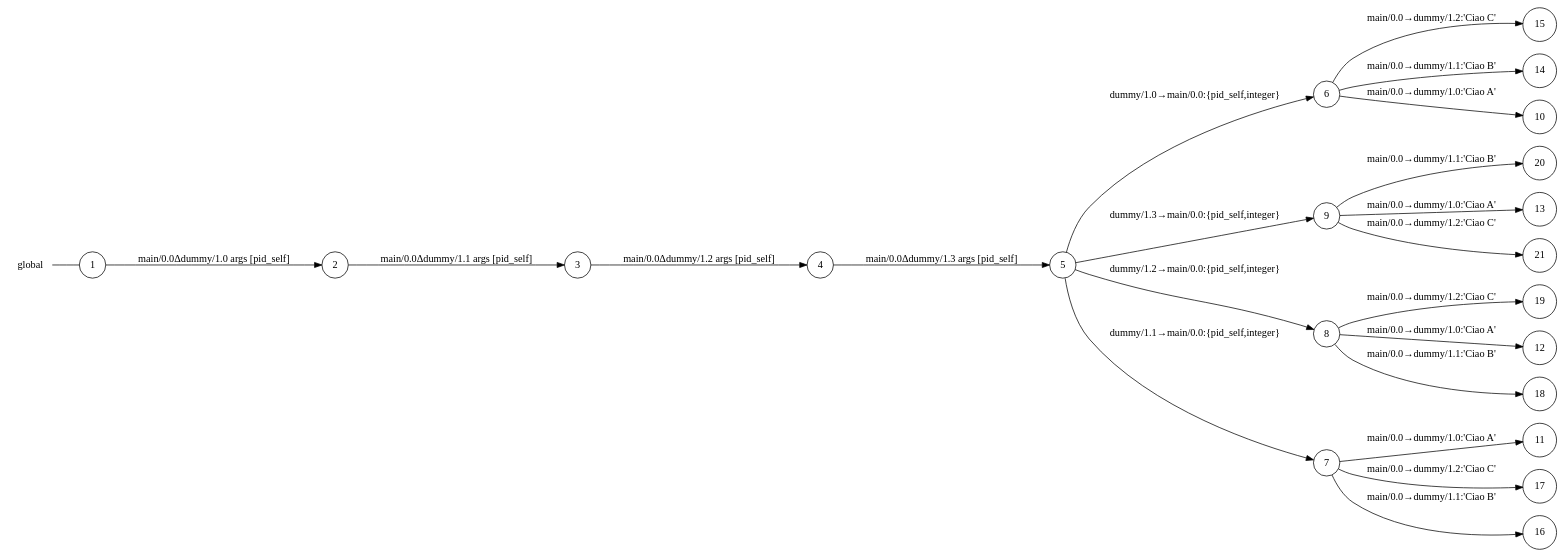
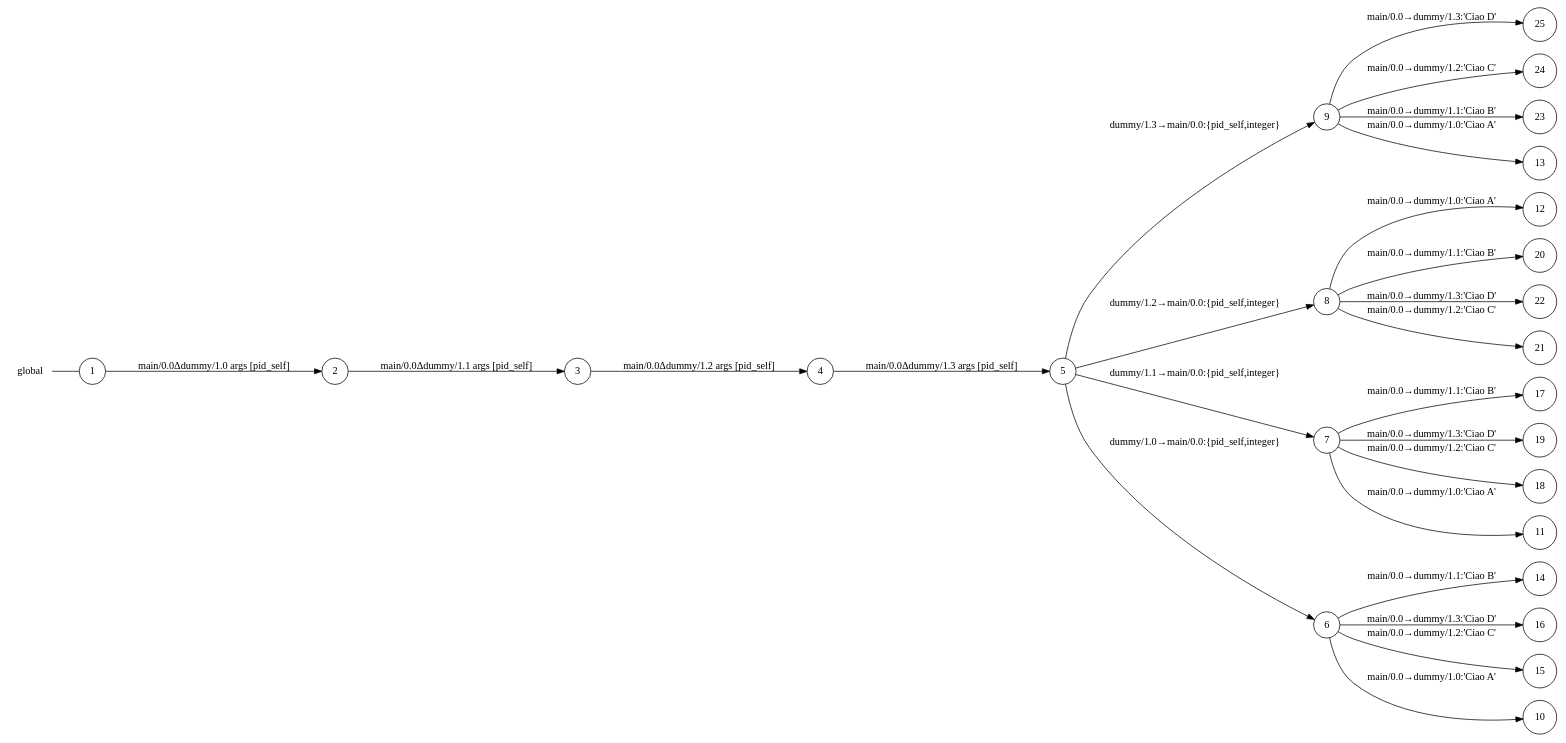
Before and after one commit to gabrielegenovese/chorer: the diagram in examples/conditional-case/main_0_global_view.dot, drawn with Graphviz. The commit also changed 95 other files, not shown here.

Commit message:
tiny refactor db and settings module created minimize done only on graph saving globalview  now supports epsilon transitions

```diff
--- a/examples/conditional-case/main_0_global_view.dot
+++ b/examples/conditional-case/main_0_global_view.dot
@@ -1,47 +1,55 @@
 digraph global {
 	rankdir="LR";
 	n_0 [label="global", shape="plaintext"];
-	n_1 [id="20", shape=circle, label="20"];
-	n_2 [id="5", shape=circle, label="5"];
-	n_3 [id="15", shape=circle, label="15"];
-	n_4 [id="19", shape=circle, label="19"];
-	n_5 [id="12", shape=circle, label="12"];
-	n_6 [id="11", shape=circle, label="11"];
-	n_7 [id="17", shape=circle, label="17"];
-	n_8 [id="18", shape=circle, label="18"];
-	n_9 [id="14", shape=circle, label="14"];
-	n_10 [id="6", shape=circle, label="6"];
-	n_11 [id="13", shape=circle, label="13"];
-	n_12 [id="10", shape=circle, label="10"];
-	n_13 [id="1", shape=circle, label="1"];
-	n_0 -> n_13 [arrowhead=none];
-	n_14 [id="9", shape=circle, label="9"];
-	n_15 [id="2", shape=circle, label="2"];
-	n_16 [id="21", shape=circle, label="21"];
-	n_17 [id="8", shape=circle, label="8"];
-	n_18 [id="4", shape=circle, label="4"];
-	n_19 [id="7", shape=circle, label="7"];
-	n_20 [id="3", shape=circle, label="3"];
-	n_21 [id="16", shape=circle, label="16"];
+	n_1 [id="14", shape=circle, label="14"];
+	n_2 [id="9", shape=circle, label="9"];
+	n_3 [id="25", shape=circle, label="25"];
+	n_4 [id="8", shape=circle, label="8"];
+	n_5 [id="24", shape=circle, label="24"];
+	n_6 [id="17", shape=circle, label="17"];
+	n_7 [id="1", shape=circle, label="1"];
+	n_0 -> n_7 [arrowhead=none];
+	n_8 [id="7", shape=circle, label="7"];
+	n_9 [id="16", shape=circle, label="16"];
+	n_10 [id="19", shape=circle, label="19"];
+	n_11 [id="4", shape=circle, label="4"];
+	n_12 [id="6", shape=circle, label="6"];
+	n_13 [id="3", shape=circle, label="3"];
+	n_14 [id="12", shape=circle, label="12"];
+	n_15 [id="18", shape=circle, label="18"];
+	n_16 [id="20", shape=circle, label="20"];
+	n_17 [id="23", shape=circle, label="23"];
+	n_18 [id="2", shape=circle, label="2"];
+	n_19 [id="22", shape=circle, label="22"];
+	n_20 [id="11", shape=circle, label="11"];
+	n_21 [id="15", shape=circle, label="15"];
+	n_22 [id="10", shape=circle, label="10"];
+	n_23 [id="13", shape=circle, label="13"];
+	n_24 [id="5", shape=circle, label="5"];
+	n_25 [id="21", shape=circle, label="21"];
 
-	n_10 -> n_3 [id="[$e|13]", label="main/0.0→dummy/1.2:'Ciao C'"];
-	n_17 -> n_4 [id="[$e|17]", label="main/0.0→dummy/1.2:'Ciao C'"];
-	n_20 -> n_18 [id="[$e|2]", label="main/0.0Δdummy/1.2 args [pid_self]"];
-	n_18 -> n_2 [id="[$e|3]", label="main/0.0Δdummy/1.3 args [pid_self]"];
-	n_2 -> n_14 [id="[$e|7]", label="dummy/1.3→main/0.0:{pid_self,integer}"];
-	n_14 -> n_16 [id="[$e|19]", label="main/0.0→dummy/1.2:'Ciao C'"];
-	n_10 -> n_12 [id="[$e|8]", label="main/0.0→dummy/1.0:'Ciao A'"];
-	n_10 -> n_9 [id="[$e|12]", label="main/0.0→dummy/1.1:'Ciao B'"];
-	n_19 -> n_6 [id="[$e|9]", label="main/0.0→dummy/1.0:'Ciao A'"];
-	n_14 -> n_11 [id="[$e|11]", label="main/0.0→dummy/1.0:'Ciao A'"];
-	n_2 -> n_10 [id="[$e|4]", label="dummy/1.0→main/0.0:{pid_self,integer}"];
-	n_19 -> n_21 [id="[$e|14]", label="main/0.0→dummy/1.1:'Ciao B'"];
-	n_17 -> n_8 [id="[$e|16]", label="main/0.0→dummy/1.1:'Ciao B'"];
-	n_13 -> n_15 [id="[$e|0]", label="main/0.0Δdummy/1.0 args [pid_self]"];
-	n_14 -> n_1 [id="[$e|18]", label="main/0.0→dummy/1.1:'Ciao B'"];
-	n_19 -> n_7 [id="[$e|15]", label="main/0.0→dummy/1.2:'Ciao C'"];
-	n_17 -> n_5 [id="[$e|10]", label="main/0.0→dummy/1.0:'Ciao A'"];
-	n_2 -> n_17 [id="[$e|6]", label="dummy/1.2→main/0.0:{pid_self,integer}"];
-	n_2 -> n_19 [id="[$e|5]", label="dummy/1.1→main/0.0:{pid_self,integer}"];
-	n_15 -> n_20 [id="[$e|1]", label="main/0.0Δdummy/1.1 args [pid_self]"];
+	n_8 -> n_10 [id="[$e|17]", label="main/0.0→dummy/1.3:'Ciao D'"];
+	n_2 -> n_23 [id="[$e|11]", label="main/0.0→dummy/1.0:'Ciao A'"];
+	n_12 -> n_22 [id="[$e|8]", label="main/0.0→dummy/1.0:'Ciao A'"];
+	n_24 -> n_2 [id="[$e|7]", label="dummy/1.3→main/0.0:{pid_self,integer}"];
+	n_24 -> n_8 [id="[$e|5]", label="dummy/1.1→main/0.0:{pid_self,integer}"];
+	n_24 -> n_4 [id="[$e|6]", label="dummy/1.2→main/0.0:{pid_self,integer}"];
+	n_2 -> n_17 [id="[$e|21]", label="main/0.0→dummy/1.1:'Ciao B'"];
+	n_12 -> n_9 [id="[$e|14]", label="main/0.0→dummy/1.3:'Ciao D'"];
+	n_4 -> n_14 [id="[$e|10]", label="main/0.0→dummy/1.0:'Ciao A'"];
+	n_4 -> n_16 [id="[$e|18]", label="main/0.0→dummy/1.1:'Ciao B'"];
+	n_11 -> n_24 [id="[$e|3]", label="main/0.0Δdummy/1.3 args [pid_self]"];
+	n_7 -> n_18 [id="[$e|0]", label="main/0.0Δdummy/1.0 args [pid_self]"];
+	n_24 -> n_12 [id="[$e|4]", label="dummy/1.0→main/0.0:{pid_self,integer}"];
+	n_2 -> n_3 [id="[$e|23]", label="main/0.0→dummy/1.3:'Ciao D'"];
+	n_8 -> n_20 [id="[$e|9]", label="main/0.0→dummy/1.0:'Ciao A'"];
+	n_13 -> n_11 [id="[$e|2]", label="main/0.0Δdummy/1.2 args [pid_self]"];
+	n_8 -> n_6 [id="[$e|15]", label="main/0.0→dummy/1.1:'Ciao B'"];
+	n_12 -> n_21 [id="[$e|13]", label="main/0.0→dummy/1.2:'Ciao C'"];
+	n_18 -> n_13 [id="[$e|1]", label="main/0.0Δdummy/1.1 args [pid_self]"];
+	n_2 -> n_5 [id="[$e|22]", label="main/0.0→dummy/1.2:'Ciao C'"];
+	n_12 -> n_1 [id="[$e|12]", label="main/0.0→dummy/1.1:'Ciao B'"];
+	n_4 -> n_25 [id="[$e|19]", label="main/0.0→dummy/1.2:'Ciao C'"];
+	n_8 -> n_15 [id="[$e|16]", label="main/0.0→dummy/1.2:'Ciao C'"];
+	n_4 -> n_19 [id="[$e|20]", label="main/0.0→dummy/1.3:'Ciao D'"];
 }
```
